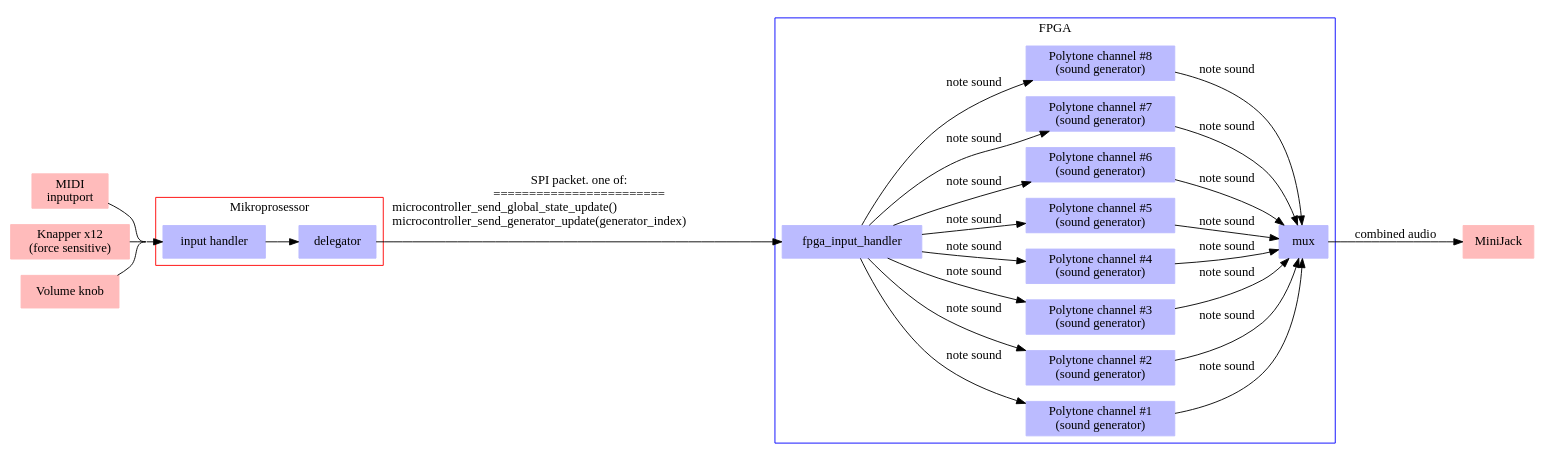
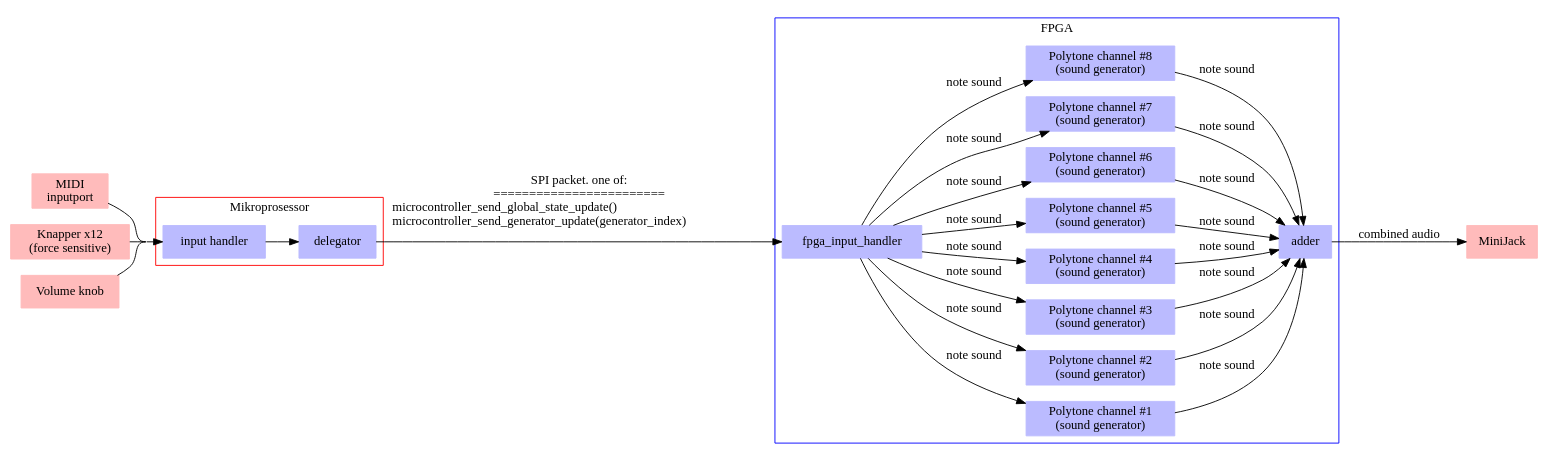
Before and after one commit to TDT4295-2019-groupA/planning: the diagram in processing_pipeline.dot, drawn with Graphviz. The commit also changed 2 other files, not shown here.

Commit message:
s/mux/adder/g

```diff
--- a/processing_pipeline.dot
+++ b/processing_pipeline.dot
@@ -1,60 +1,60 @@
 digraph G {
 	rankdir=LR;
 	overlap=false;
 	concentrate=true
 
 	node [shape=box, style="filled", color="#ffbbbb"]
 	//jtag [label="JTAG-\nkonnektor x2"]
 	midi [label="MIDI\ninputport"]
 	btn  [label="Knapper x12\n(force sensitive)"]
 	vol  [label="Volume knob"]
 	//gpio [label="GPIO (70x)"]
 	jack [label="MiniJack"]
 
 	node [color="#bbbbff"]
 
 	subgraph cluster_0 {
 		label = "Mikroprosessor";
 		color = red;
 		//style = filled;
 		micro_input_handler [label="input handler"]
 		delegator           [label="delegator"]
 
 		micro_input_handler->delegator
 	}
 	vol  -> micro_input_handler
 	midi -> micro_input_handler
 	btn  -> micro_input_handler
 
 	delegator->fpga_input_handler [label="SPI packet. one of:\n========================\nmicrocontroller_send_global_state_update()\lmicrocontroller_send_generator_update(generator_index)\l "]
 
 	subgraph cluster_1 {
 		label = "FPGA";
 		color = blue;
 		//style = filled;
 
 		fpga_input_handler
 
 		chan1 [label="Polytone channel #1\n(sound generator)"]
 		chan2 [label="Polytone channel #2\n(sound generator)"]
 		chan3 [label="Polytone channel #3\n(sound generator)"]
 		chan4 [label="Polytone channel #4\n(sound generator)"]
 		chan5 [label="Polytone channel #5\n(sound generator)"]
 		chan6 [label="Polytone channel #6\n(sound generator)"]
 		chan7 [label="Polytone channel #7\n(sound generator)"]
 		chan8 [label="Polytone channel #8\n(sound generator)"]
 
-		fpga_input_handler->chan1 -> mux [label="note sound"]
-		fpga_input_handler->chan2 -> mux [label="note sound"]
-		fpga_input_handler->chan3 -> mux [label="note sound"]
-		fpga_input_handler->chan4 -> mux [label="note sound"]
-		fpga_input_handler->chan5 -> mux [label="note sound"]
-		fpga_input_handler->chan6 -> mux [label="note sound"]
-		fpga_input_handler->chan7 -> mux [label="note sound"]
-		fpga_input_handler->chan8 -> mux [label="note sound"]
+		fpga_input_handler->chan1 -> adder [label="note sound"]
+		fpga_input_handler->chan2 -> adder [label="note sound"]
+		fpga_input_handler->chan3 -> adder [label="note sound"]
+		fpga_input_handler->chan4 -> adder [label="note sound"]
+		fpga_input_handler->chan5 -> adder [label="note sound"]
+		fpga_input_handler->chan6 -> adder [label="note sound"]
+		fpga_input_handler->chan7 -> adder [label="note sound"]
+		fpga_input_handler->chan8 -> adder [label="note sound"]
 	}
 
-	mux -> jack [label="combined audio"]
+	adder -> jack [label="combined audio"]
 
 
 }
```
